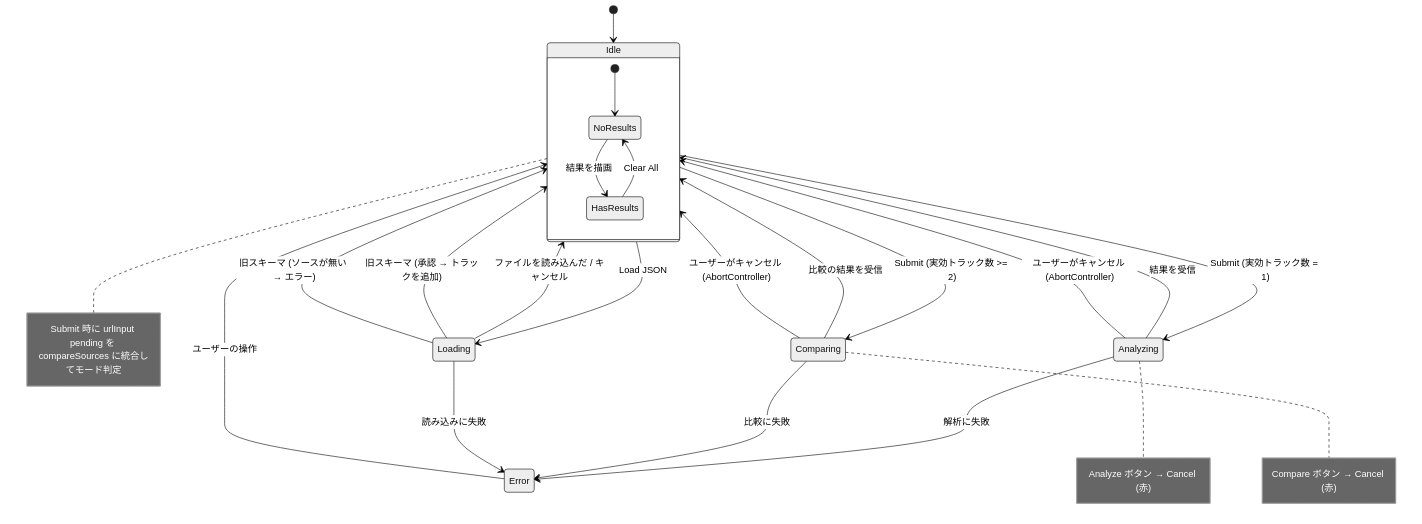
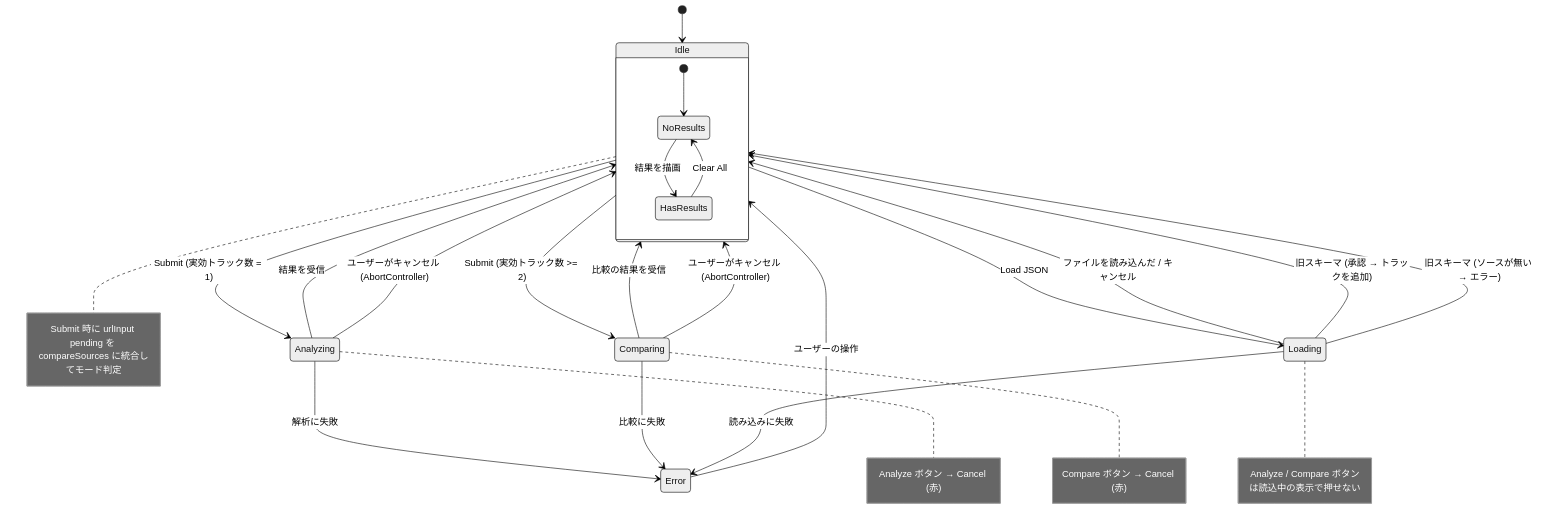
Before and after one commit to semnil/analyze-spectrum: diagram 11 of 17 in docs/architecture.ja.md, drawn with Mermaid (neutral theme). The commit also changed 5 other files, not shown here.

````diff
--- a/docs/architecture.ja.md
+++ b/docs/architecture.ja.md
@@ -276,32 +276,33 @@
 ```mermaid
 stateDiagram-v2
     [*] --> Idle
     Idle --> Analyzing : Submit (実効トラック数 = 1)
     Idle --> Comparing : Submit (実効トラック数 >= 2)
     Idle --> Loading : Load JSON
 
     Analyzing --> Idle : 結果を受信
     Analyzing --> Idle : ユーザーがキャンセル (AbortController)
     Analyzing --> Error : 解析に失敗
 
     Comparing --> Idle : 比較の結果を受信
     Comparing --> Idle : ユーザーがキャンセル (AbortController)
     Comparing --> Error : 比較に失敗
 
     Loading --> Idle : ファイルを読み込んだ / キャンセル
     Loading --> Idle : 旧スキーマ (承認 → トラックを追加)
     Loading --> Idle : 旧スキーマ (ソースが無い → エラー)
     Loading --> Error : 読み込みに失敗
 
     Error --> Idle : ユーザーの操作
 
     state Idle {
         [*] --> NoResults
         NoResults --> HasResults : 結果を描画
         HasResults --> NoResults : Clear All
     }
 
     note right of Idle : Submit 時に urlInput pending を compareSources に統合してモード判定
     note right of Analyzing : Analyze ボタン → Cancel (赤)
     note right of Comparing : Compare ボタン → Cancel (赤)
+    note right of Loading : Analyze / Compare ボタンは読込中の表示で押せない
 ```
````
